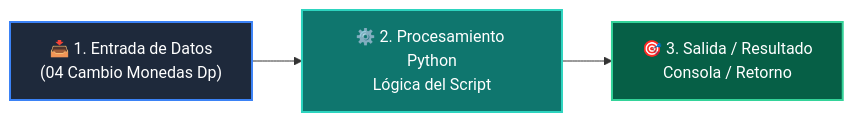
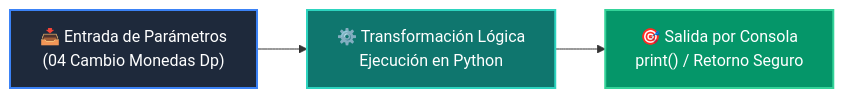
Before and after one commit to wisrovi/wisrovi-python: the diagram in 02-algoritmos-estructuras/clase-08-recursividad-y-programacion-dinamica/ejemplos/ejemplo_04_cambio_monedas_dp/README.md, drawn with Mermaid. The commit also changed other lines of this file and 226 other files, not shown here.

Commit message:
docs: elevate all repository READMEs to world-class mastery standard with rich pedagogical architecture, custom Mermaids, and professional styling

````diff
--- a/02-algoritmos-estructuras/clase-08-recursividad-y-programacion-dinamica/ejemplos/ejemplo_04_cambio_monedas_dp/README.md
+++ b/02-algoritmos-estructuras/clase-08-recursividad-y-programacion-dinamica/ejemplos/ejemplo_04_cambio_monedas_dp/README.md
@@ -12,9 +19,9 @@
 ```mermaid
 flowchart LR
-    A["📥 1. Entrada de Datos<br/>(04 Cambio Monedas Dp)"] --> B["⚙️ 2. Procesamiento Python<br/>Lógica del Script"]
-    B --> C["🎯 3. Salida / Resultado<br/>Consola / Retorno"]
+    A["📥 Entrada de Parámetros<br/>(04 Cambio Monedas Dp)"] --> B["⚙️ Transformación Lógica<br/>Ejecución en Python"]
+    B --> C["🎯 Salida por Consola<br/>print() / Retorno Seguro"]
 
-    style A fill:#1e293b,color:#fff,stroke:#3b82f6,stroke-width:2px
-    style B fill:#0f766e,color:#fff,stroke:#2dd4bf,stroke-width:2px
-    style C fill:#065f46,color:#fff,stroke:#34d399,stroke-width:2px
+    style A fill:#1e293b,color:#ffffff,stroke:#3b82f6,stroke-width:2px
+    style B fill:#0f766e,color:#ffffff,stroke:#2dd4bf,stroke-width:2px
+    style C fill:#059669,color:#ffffff,stroke:#34d399,stroke-width:2px
 ```
````
